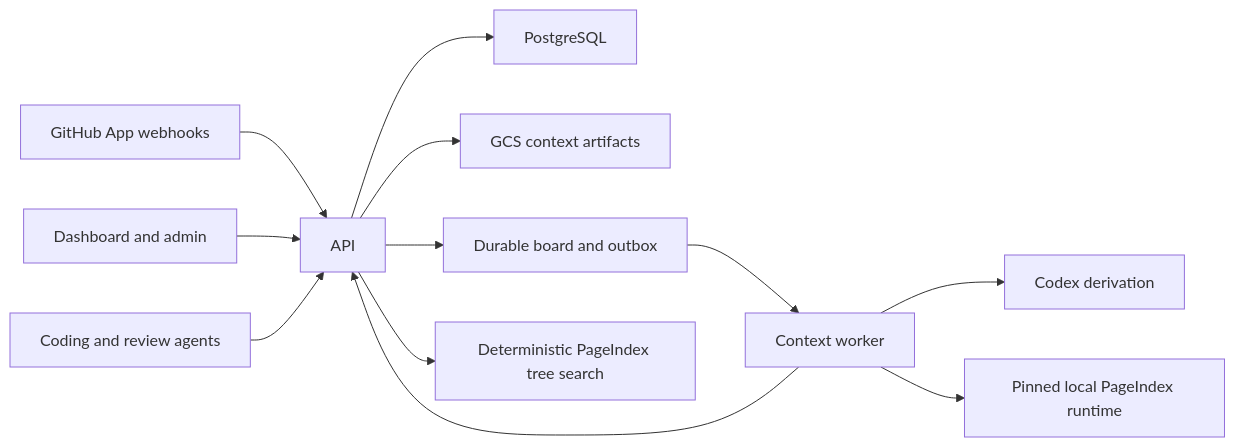
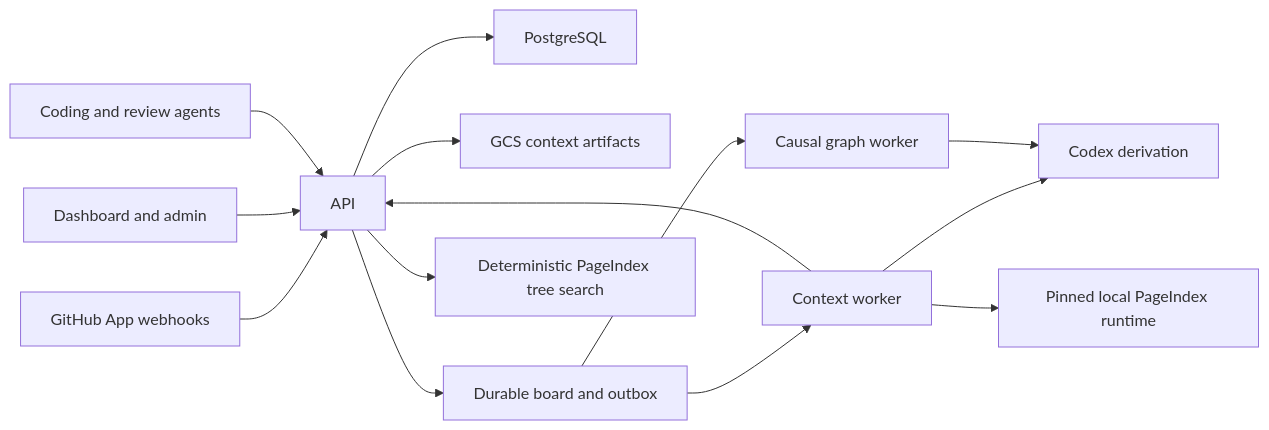
One commit to keon/jina-context-wiki-e2e-20260808 changed the diagram in docs/ARCHITECTURE.md. Above: the diagram before and after it, drawn with Mermaid. The commit also changed other lines of this file and 28 other files, not shown here.

Commit message:
Isolate causal graph from Context builds (#227)

````diff
--- a/docs/ARCHITECTURE.md
+++ b/docs/ARCHITECTURE.md
@@ -14,14 +14,16 @@
 ```mermaid
 flowchart LR
     GH["GitHub App webhooks"] --> API["API"]
     UI["Dashboard and admin"] --> API
     MCP["Coding and review agents"] --> API
     API --> PG["PostgreSQL"]
     API --> GCS["GCS context artifacts"]
     API --> BOARD["Durable board and outbox"]
     BOARD --> WORKER["Context worker"]
+    BOARD --> CAUSAL["Causal graph worker"]
     WORKER --> CODEX["Codex derivation"]
+    CAUSAL --> CODEX
     WORKER --> PI["Pinned local PageIndex runtime"]
     WORKER --> API
     API --> SEARCH["Deterministic PageIndex tree search"]
 ```
````
